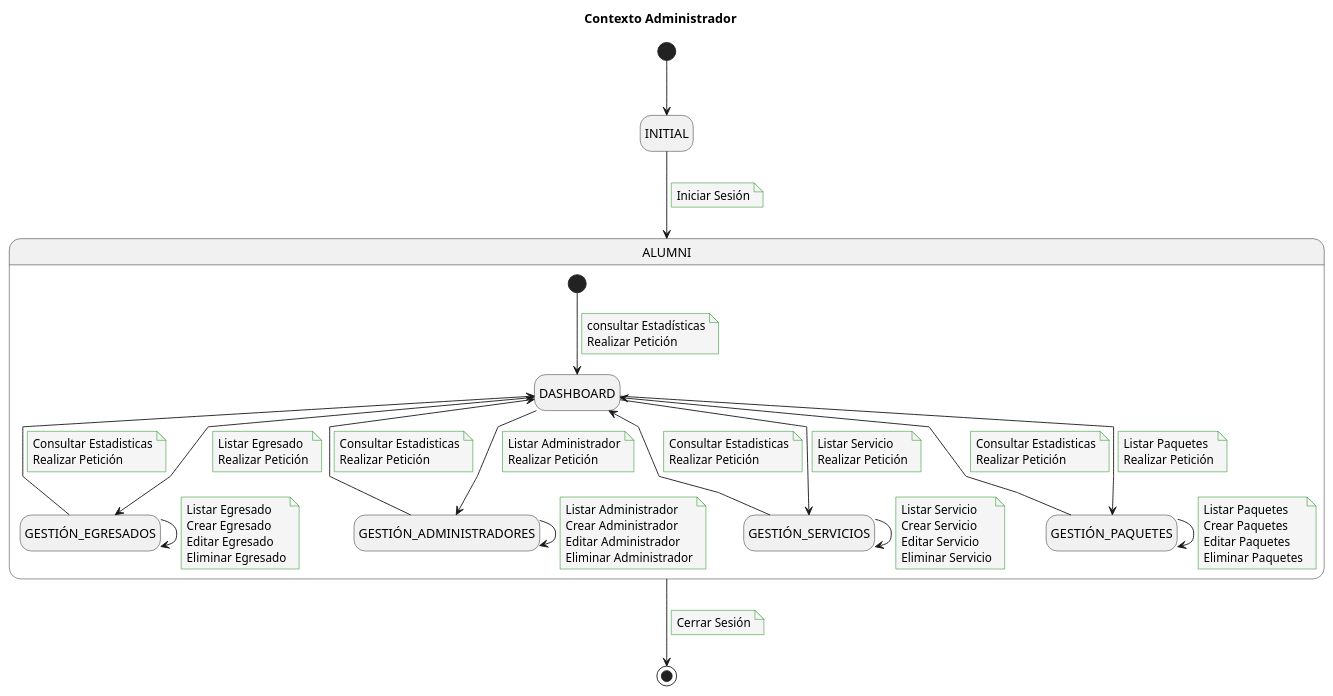
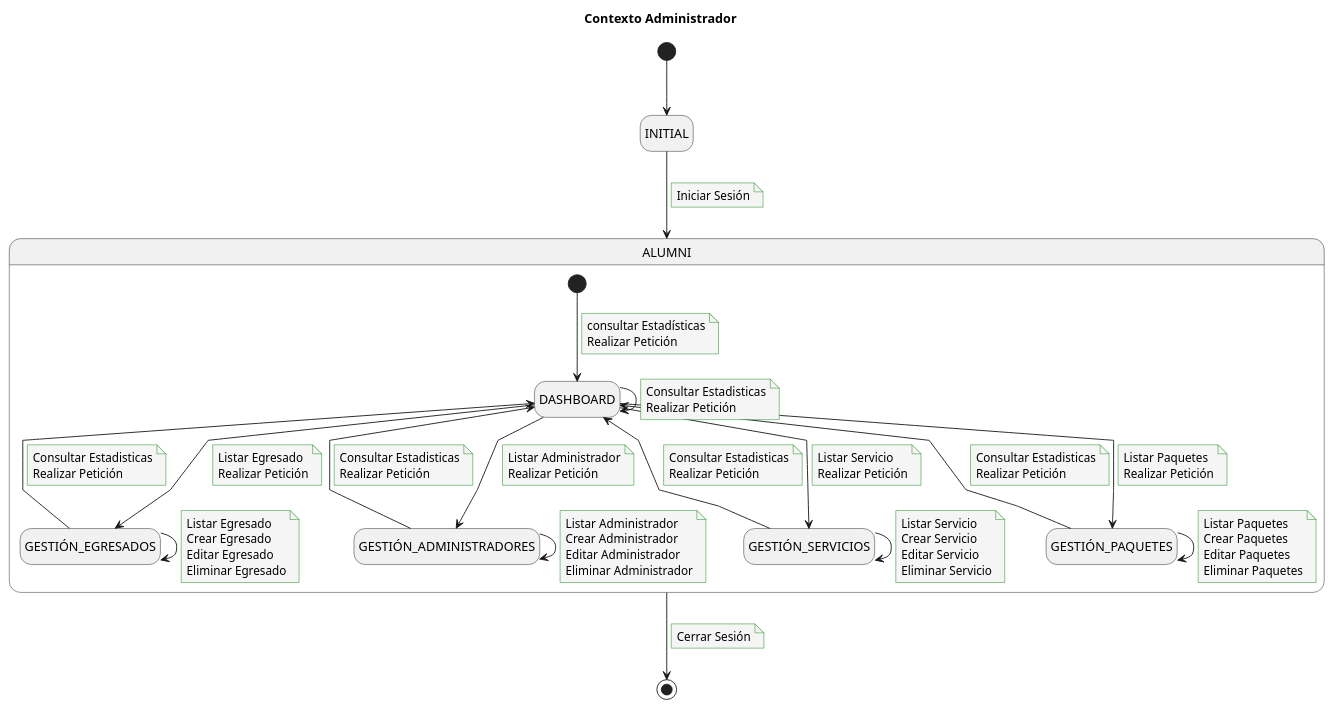
The diagram in Caso_de_Uso/Contexto/Administrador/Gestion/Contexto.puml (mmasias/23-24-IdSw1-SDR), drawn with PlantUML before and after one commit. The commit also changed 1 other file, not shown here.

Commit message:
Add links and notes for dashboard functionality

```diff
--- a/Caso_de_Uso/Contexto/Administrador/Gestion/Contexto.puml
+++ b/Caso_de_Uso/Contexto/Administrador/Gestion/Contexto.puml
@@ -1,102 +1,108 @@
 @startuml Contexto
 title Contexto Administrador
 
 skinparam {
     NoteBackgroundColor #whiteSmoke
     NoteBorderColor #green
     linetype polyline
 }
 
 hide empty description
 
 [*] --> INITIAL 
 
 INITIAL --> Alumni
 note on link 
 Iniciar Sesión
 end note
 Alumni --> [*]
 note on link
 Cerrar Sesión
 end note
 
 state Alumni as "ALUMNI" {
     [*] --> DASHBOARD
     note on link
     consultar Estadísticas
     Realizar Petición
     end note
 
     DASHBOARD --> GESTIÓN_EGRESADOS
     note on link 
     Listar Egresado
     Realizar Petición
     end note  
     DASHBOARD <-- GESTIÓN_EGRESADOS
     note on link 
     Consultar Estadisticas
     Realizar Petición
     end note  
     DASHBOARD --> GESTIÓN_ADMINISTRADORES
     note on link 
     Listar Administrador
     Realizar Petición
     end note  
     DASHBOARD <-- GESTIÓN_ADMINISTRADORES
     note on link 
     Consultar Estadisticas
     Realizar Petición
     end note
     DASHBOARD --> GESTIÓN_SERVICIOS
     note on link 
     Listar Servicio
     Realizar Petición
     end note  
     DASHBOARD <-- GESTIÓN_SERVICIOS
     note on link 
     Consultar Estadisticas
     Realizar Petición
     end note
     DASHBOARD --> GESTIÓN_PAQUETES
     note on link 
     Listar Paquetes
     Realizar Petición
     end note  
     DASHBOARD <-- GESTIÓN_PAQUETES
     note on link 
     Consultar Estadisticas
     Realizar Petición
     end note
 
+    DASHBOARD --> DASHBOARD
+    note on link
+    Consultar Estadisticas
+    Realizar Petición
+    end note
+
     GESTIÓN_EGRESADOS --> GESTIÓN_EGRESADOS
     note on link 
     Listar Egresado
     Crear Egresado
     Editar Egresado
     Eliminar Egresado
     end note
     GESTIÓN_ADMINISTRADORES --> GESTIÓN_ADMINISTRADORES
     note on link 
     Listar Administrador
     Crear Administrador
     Editar Administrador
     Eliminar Administrador
     end note
     GESTIÓN_SERVICIOS --> GESTIÓN_SERVICIOS
     note on link 
     Listar Servicio
     Crear Servicio
     Editar Servicio
     Eliminar Servicio
     end note
     GESTIÓN_PAQUETES --> GESTIÓN_PAQUETES
     note on link 
     Listar Paquetes
     Crear Paquetes
     Editar Paquetes
     Eliminar Paquetes
     end note
     
 }
 
 @enduml
```
